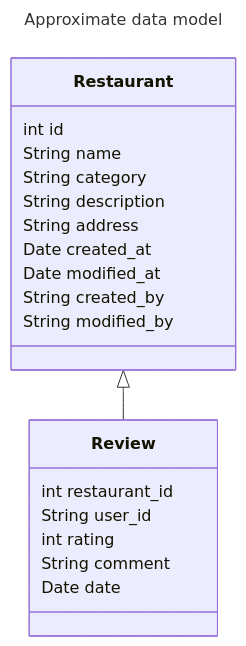
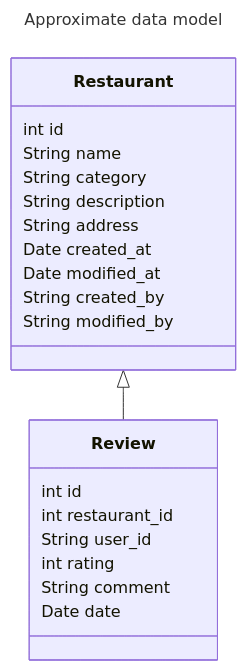
The diagram in README.md (tperamaki/yala), drawn with Mermaid before and after one commit.

````diff
--- a/README.md
+++ b/README.md
@@ -9,25 +9,26 @@
 ```mermaid
 ---
 title: Approximate data model
 ---
 classDiagram
     Restaurant <|-- Review
     class Restaurant {
         int id
         String name
         String category
         String description
         String address
         Date created_at
         Date modified_at
         String created_by
         String modified_by
     }
     class Review {
+        int id
         int restaurant_id
         String user_id
         int rating
         String comment
         Date date
     }
 ```
````
